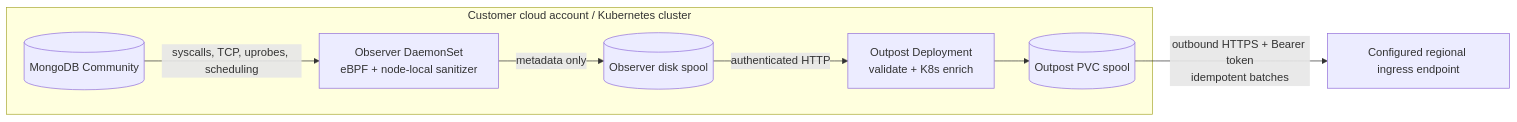
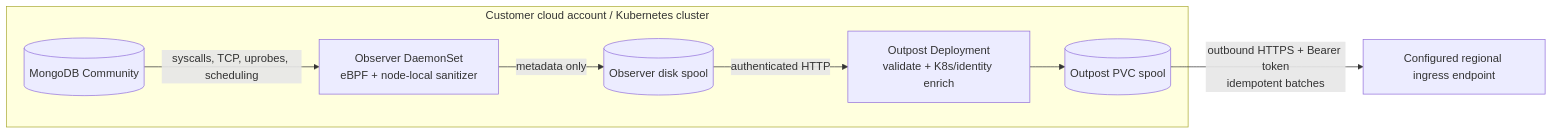
The diagram in README.md (theroverhq/mongodb-dam), drawn with Mermaid before and after one commit. The commit also changed other lines of this file and 27 other files, not shown here.

````diff
--- a/README.md
+++ b/README.md
@@ -7,13 +7,13 @@
 ```mermaid
 flowchart LR
     subgraph CA[Customer cloud account / Kubernetes cluster]
         M[(MongoDB Community)]
         O[Observer DaemonSet<br/>eBPF + node-local sanitizer]
         Q[(Observer disk spool)]
-        P[Outpost Deployment<br/>validate + K8s enrich]
+        P[Outpost Deployment<br/>validate + K8s/identity enrich]
         S[(Outpost PVC spool)]
         M -->|syscalls, TCP, uprobes, scheduling| O
         O -->|metadata only| Q -->|authenticated HTTP| P --> S
     end
     S -->|outbound HTTPS + Bearer token<br/>idempotent batches| C[Configured regional ingress endpoint]
 ```
````
